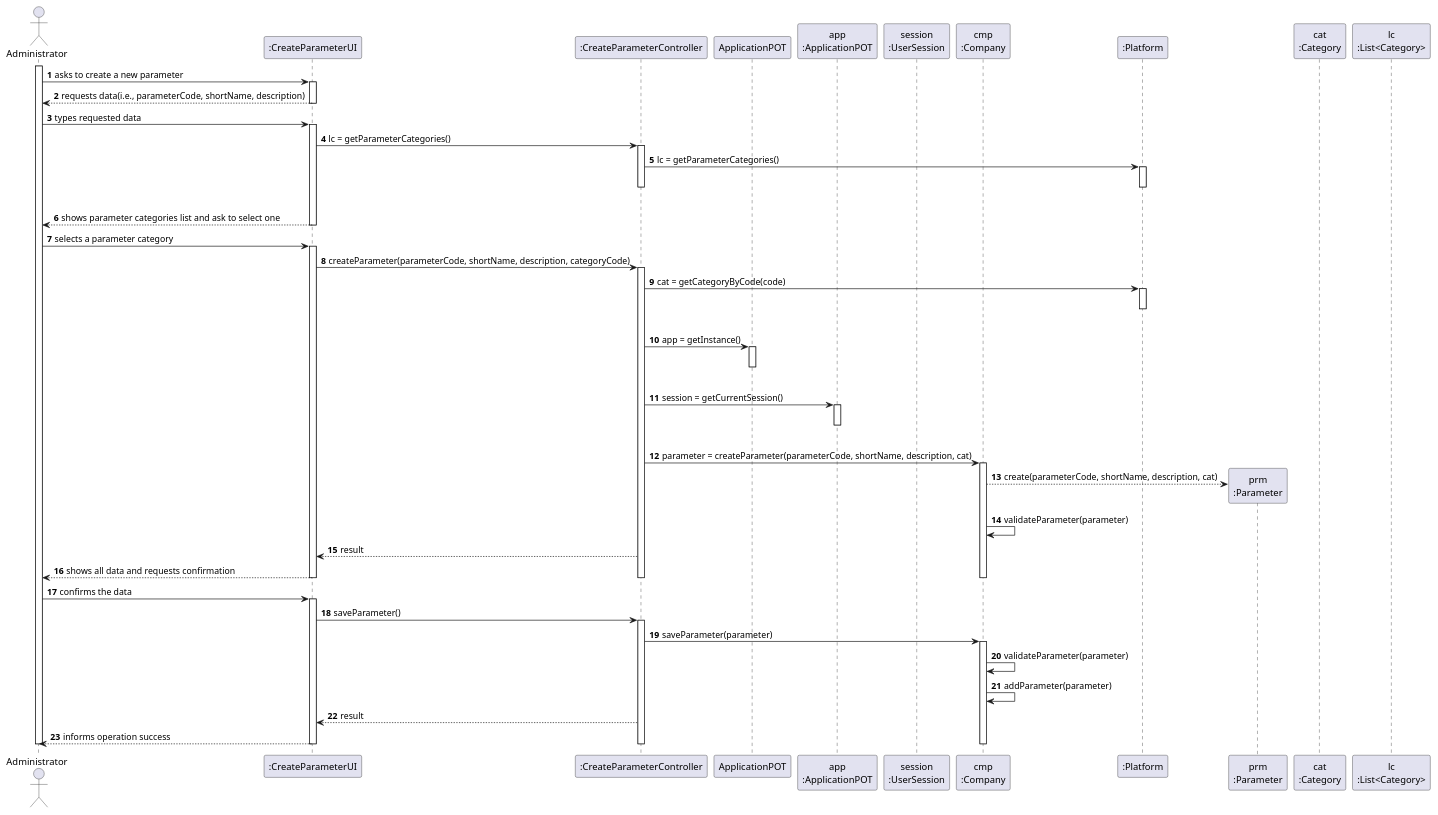
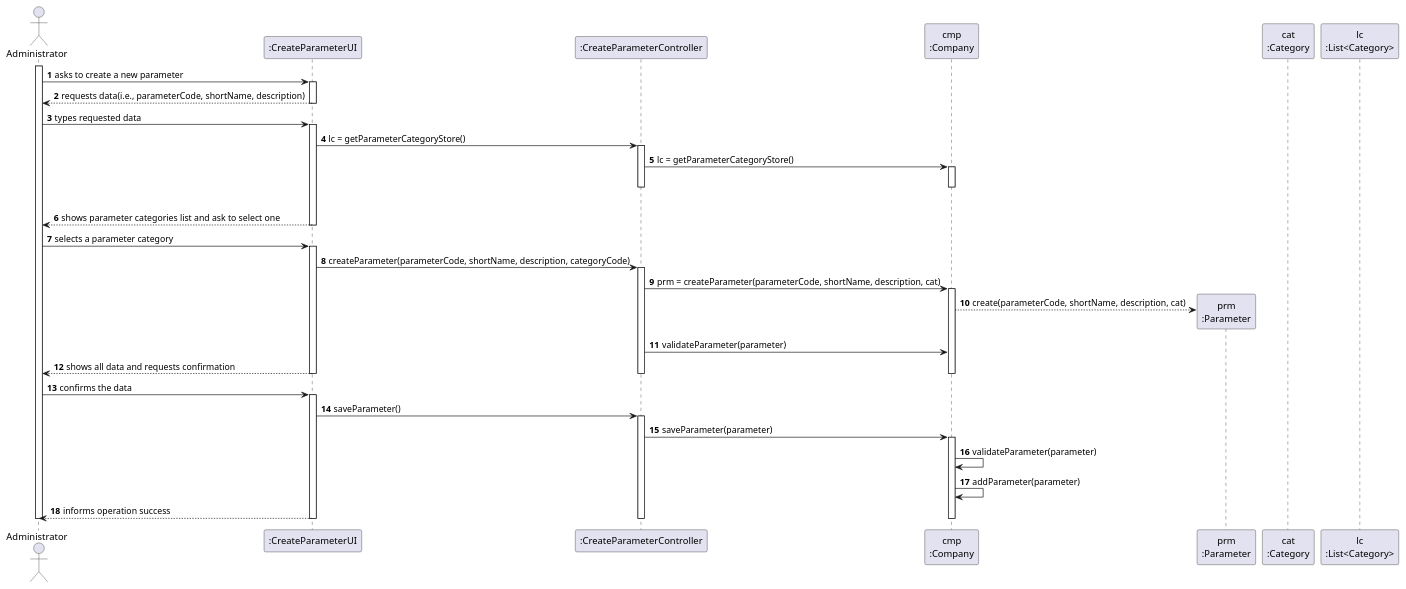
The diagram in docs/SprintB/US_10/US10_SD.puml (ana-albergaria/LAPR2-ISEP), drawn with PlantUML before and after one commit. The commit also changed 9 other files, not shown here.

```diff
--- a/docs/SprintB/US_10/US10_SD.puml
+++ b/docs/SprintB/US_10/US10_SD.puml
@@ -1,94 +1,94 @@
 @startuml
 autonumber
 'hide footbox
 actor "Administrator" as ADM
 
 participant ":CreateParameterUI" as UI
 participant ":CreateParameterController" as CTRL
-participant "ApplicationPOT" as _APP
-participant "app\n:ApplicationPOT" as APP
-participant "session\n:UserSession" as SESSION
+'participant "ApplicationPOT" as _APP
+'participant "app\n:ApplicationPOT" as APP
+'participant "session\n:UserSession" as SESSION
 participant "cmp\n:Company" as CMP
-participant ":Platform" as PLAT
+'participant ":Platform" as PLAT
 participant "prm\n:Parameter" as PRM
 participant "cat\n:Category" as CAT
 participant "lc\n:List<Category>" as LIST_CAT
 
 activate ADM
 ADM -> UI : asks to create a new parameter
 activate UI
 UI --> ADM : requests data(i.e., parameterCode, shortName, description)
 deactivate UI
 
 ADM -> UI : types requested data
 activate UI
 
-UI -> CTRL : lc = getParameterCategories()
+UI -> CTRL : lc = getParameterCategoryStore()
 activate CTRL
 
-CTRL -> PLAT : lc = getParameterCategories()
-activate PLAT
+CTRL -> CMP : lc = getParameterCategoryStore()
+activate CMP
 |||
-deactivate PLAT
+deactivate CMP
 deactivate CTRL
 
 UI --> ADM : shows parameter categories list and ask to select one
-deactivate PLAT
+deactivate CMP
 deactivate UI
 
 ADM -> UI : selects a parameter category
 activate UI
 
 UI -> CTRL : createParameter(parameterCode, shortName, description, categoryCode)
 activate CTRL
 
-CTRL -> PLAT : cat = getCategoryByCode(code)
-activate PLAT
-|||
-deactivate PLAT
+'CTRL -> CMP : cat = getCategoryByCode(code)
+'activate CMP
+'|||
+'deactivate CMP
 
-CTRL -> _APP: app = getInstance()
-activate _APP
-|||
-deactivate _APP
+'CTRL -> _APP: app = getInstance()
+'activate _APP
+'|||
+'deactivate _APP
 
-CTRL -> APP: session = getCurrentSession()
-activate APP
-|||
-deactivate APP
+'CTRL -> APP: session = getCurrentSession()
+'activate APP
+'|||
+'deactivate APP
 
-CTRL -> CMP: parameter = createParameter(parameterCode, shortName, description, cat)
+CTRL -> CMP: prm = createParameter(parameterCode, shortName, description, cat)
 activate CMP
 
 CMP --> PRM**: create(parameterCode, shortName, description, cat)
-CMP -> CMP: validateParameter(parameter)
+CTRL -> CMP: validateParameter(parameter)
 
-CTRL --> UI: result
+'CTRL --> UI: result
 
 UI --> ADM: shows all data and requests confirmation
 deactivate CMP
-deactivate PLAT
+'deactivate PLAT
 deactivate CTRL
 deactivate UI
 
 ADM -> UI : confirms the data
 activate UI
 UI -> CTRL : saveParameter()
 activate CTRL
 
 CTRL -> CMP : saveParameter(parameter)
 activate CMP
 
 CMP -> CMP: validateParameter(parameter)
 CMP -> CMP: addParameter(parameter)
 
-CTRL --> UI: result
+'CTRL --> UI: result
 
 UI --> ADM : informs operation success
 deactivate CMP
 deactivate CTRL
 deactivate UI
 
 deactivate ADM
 
 @enduml
```
